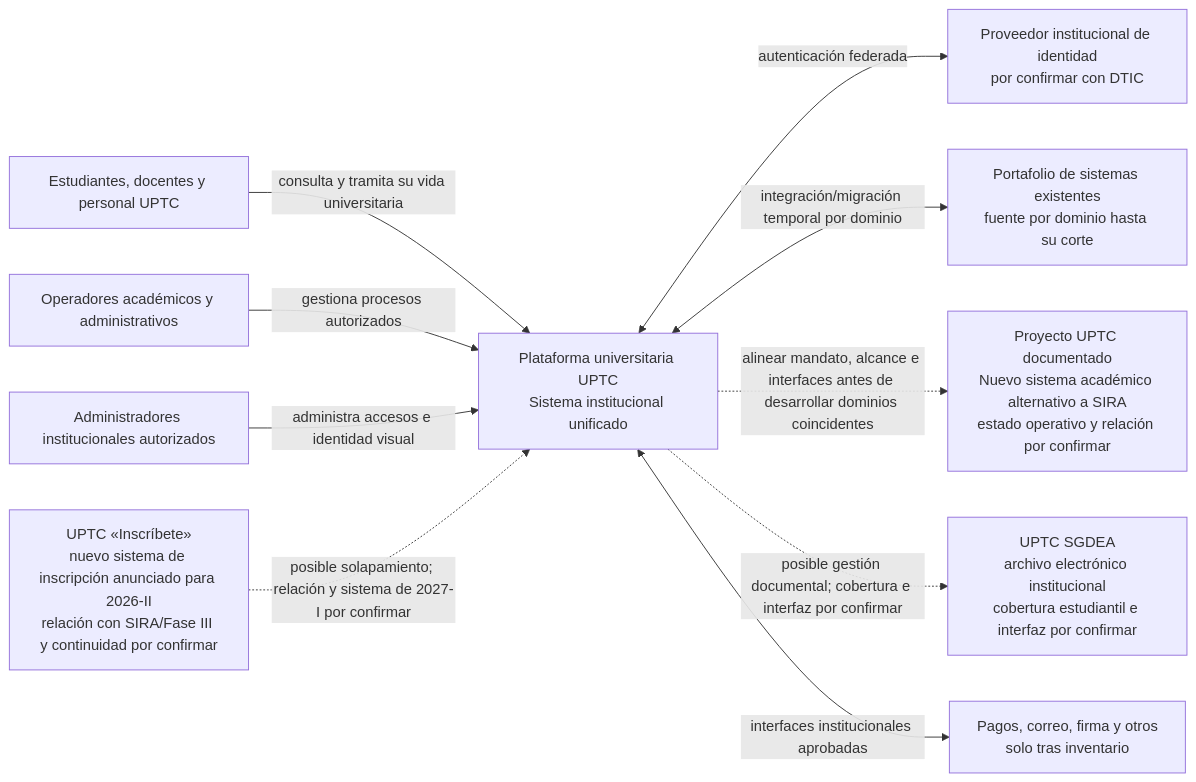
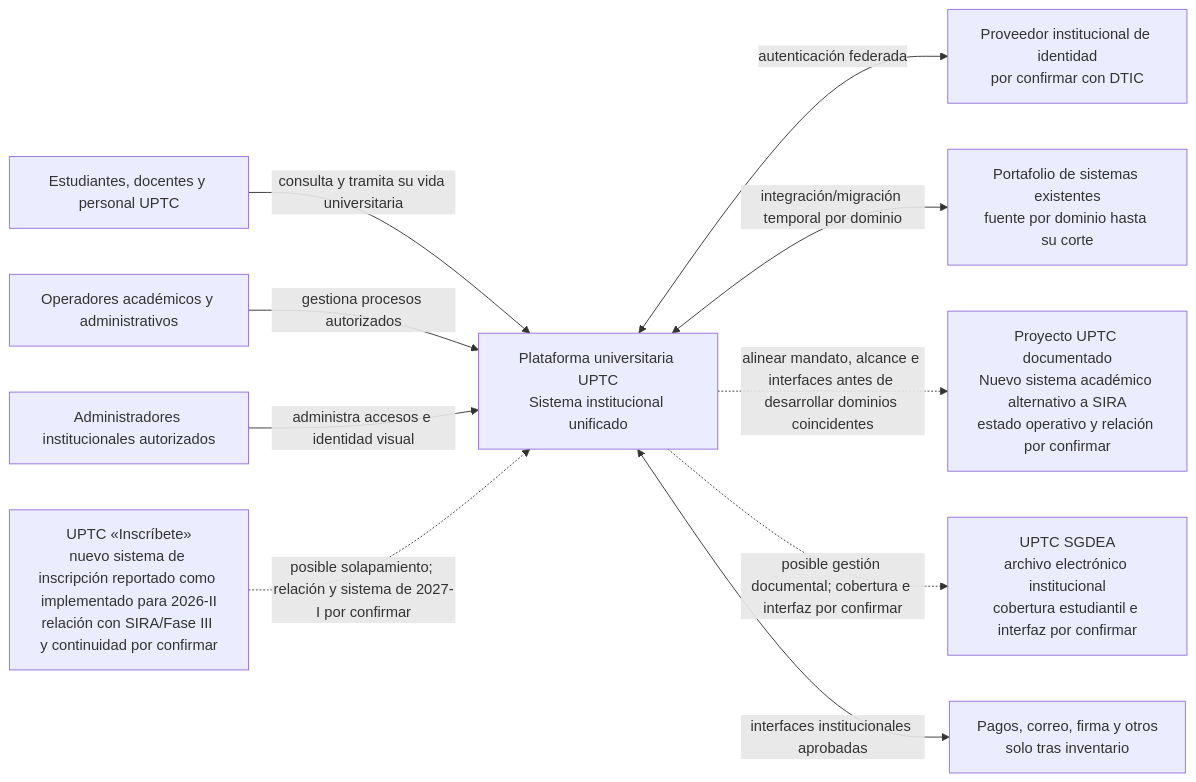
Before and after one commit to jdsalasca/open-university-backend: the first of 3 diagrams in docs/architecture/c4.md, drawn with Mermaid. The commit also changed other lines of this file and 9 other files, not shown here.

````diff
--- a/docs/architecture/c4.md
+++ b/docs/architecture/c4.md
@@ -18,23 +18,23 @@
 ```mermaid
 flowchart LR
   Comunidad[Estudiantes, docentes y personal UPTC]
   Operadores[Operadores académicos y administrativos]
   Administradores[Administradores institucionales autorizados]
   Plataforma[Plataforma universitaria UPTC\nSistema institucional unificado]
   IdP[Proveedor institucional de identidad\npor confirmar con DTIC]
   Legados[Portafolio de sistemas existentes\nfuente por dominio hasta su corte]
   Iniciativa[Proyecto UPTC documentado\nNuevo sistema académico alternativo a SIRA\nestado operativo y relación por confirmar]
-  Inscribete[UPTC «Inscríbete»\nnuevo sistema de inscripción anunciado para 2026-II\nrelación con SIRA/Fase III y continuidad por confirmar]
+  Inscribete[UPTC «Inscríbete»\nnuevo sistema de inscripción reportado como implementado para 2026-II\nrelación con SIRA/Fase III y continuidad por confirmar]
   SGDEA[UPTC SGDEA\narchivo electrónico institucional\ncobertura estudiantil e interfaz por confirmar]
   Proveedores[Pagos, correo, firma y otros\nsolo tras inventario]
 
   Comunidad -->|consulta y tramita su vida universitaria| Plataforma
   Operadores -->|gestiona procesos autorizados| Plataforma
   Administradores -->|administra accesos e identidad visual| Plataforma
   Plataforma <-->|autenticación federada| IdP
   Plataforma <-->|integración/migración temporal por dominio| Legados
   Plataforma -.->|alinear mandato, alcance e interfaces antes de desarrollar dominios coincidentes| Iniciativa
   Inscribete -.->|posible solapamiento; relación y sistema de 2027-I por confirmar| Plataforma
   Plataforma -.->|posible gestión documental; cobertura e interfaz por confirmar| SGDEA
   Plataforma <-->|interfaces institucionales aprobadas| Proveedores
 ```
````
